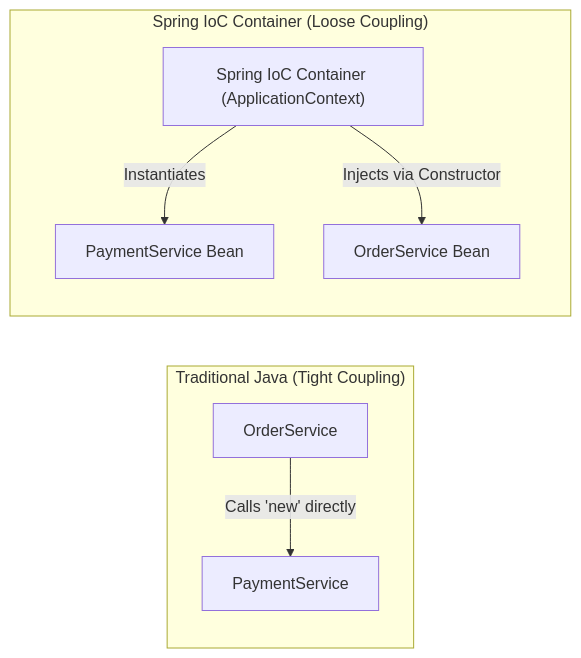
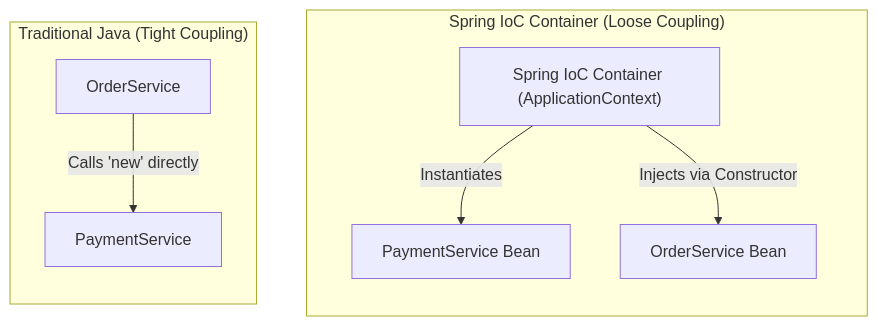
The first of 26 diagrams in 06-Java-and-Spring-Boot/Spring Boot Interview Guide.md (rohithgowda18/Notes), drawn with Mermaid before and after one commit. The commit also changed other lines of this file and 15 other files, not shown here.

Commit message:
docs: audit Mermaid diagrams, optimize side-by-side layouts, and deduplicate DBMS advanced notes

````diff
--- a/06-Java-and-Spring-Boot/Spring Boot Interview Guide.md
+++ b/06-Java-and-Spring-Boot/Spring Boot Interview Guide.md
@@ -68,12 +68,14 @@
 ```mermaid
 flowchart LR
     subgraph TraditionalJava ["Traditional Java (Tight Coupling)"]
         A["OrderService"] -->|Calls 'new' directly| B["PaymentService"]
     end
+
+    TraditionalJava ~~~ SpringIoC
 
     subgraph SpringIoC ["Spring IoC Container (Loose Coupling)"]
         Container["Spring IoC Container (ApplicationContext)"]
         Container -->|Instantiates| P["PaymentService Bean"]
         Container -->|Injects via Constructor| O["OrderService Bean"]
     end
 ```
````
